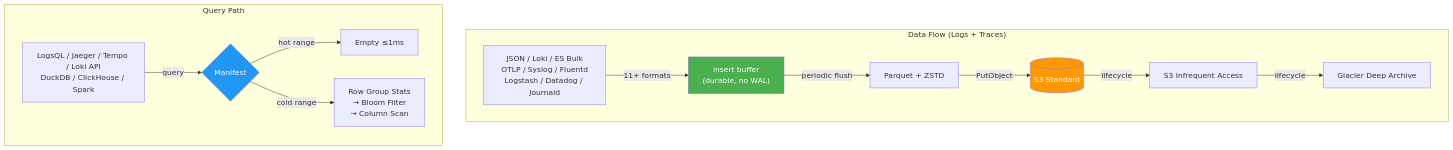
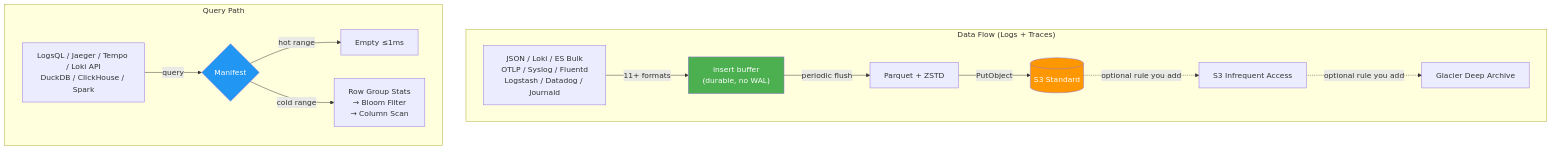
One commit to ReliablyObserve/victoria-lakehouse changed the second of 2 diagrams in docs/getting-started.md. Above: the diagram before and after it, drawn with Mermaid. The commit also changed 13 other files, not shown here.

````diff
--- a/docs/getting-started.md
+++ b/docs/getting-started.md
@@ -37,20 +37,20 @@
 ```mermaid
 graph TD
     subgraph "Data Flow (Logs + Traces)"
     I1["JSON / Loki / ES Bulk<br/>OTLP / Syslog / Fluentd<br/>Logstash / Datadog / Journald"] -->|"11+ formats"| W["insert buffer<br/>(durable, no WAL)"]
     W -->|periodic flush| P[Parquet + ZSTD]
     P -->|PutObject| S3[(S3 Standard)]
-    S3 -->|lifecycle| IA[S3 Infrequent Access]
-    IA -->|lifecycle| GL[Glacier Deep Archive]
+    S3 -.->|"optional rule you add"| IA[S3 Infrequent Access]
+    IA -.->|"optional rule you add"| GL[Glacier Deep Archive]
     end
 
     subgraph "Query Path"
     Q["LogsQL / Jaeger / Tempo / Loki API<br/>DuckDB / ClickHouse / Spark"] -->|query| M{"Manifest"}
     M -->|hot range| SKIP["Empty ≤1ms"]
     M -->|cold range| SCAN["Row Group Stats<br/>→ Bloom Filter<br/>→ Column Scan"]
     end
 
     style W fill:#4CAF50,color:#fff
     style S3 fill:#FF9800,color:#fff
     style M fill:#2196F3,color:#fff
 ```
````
